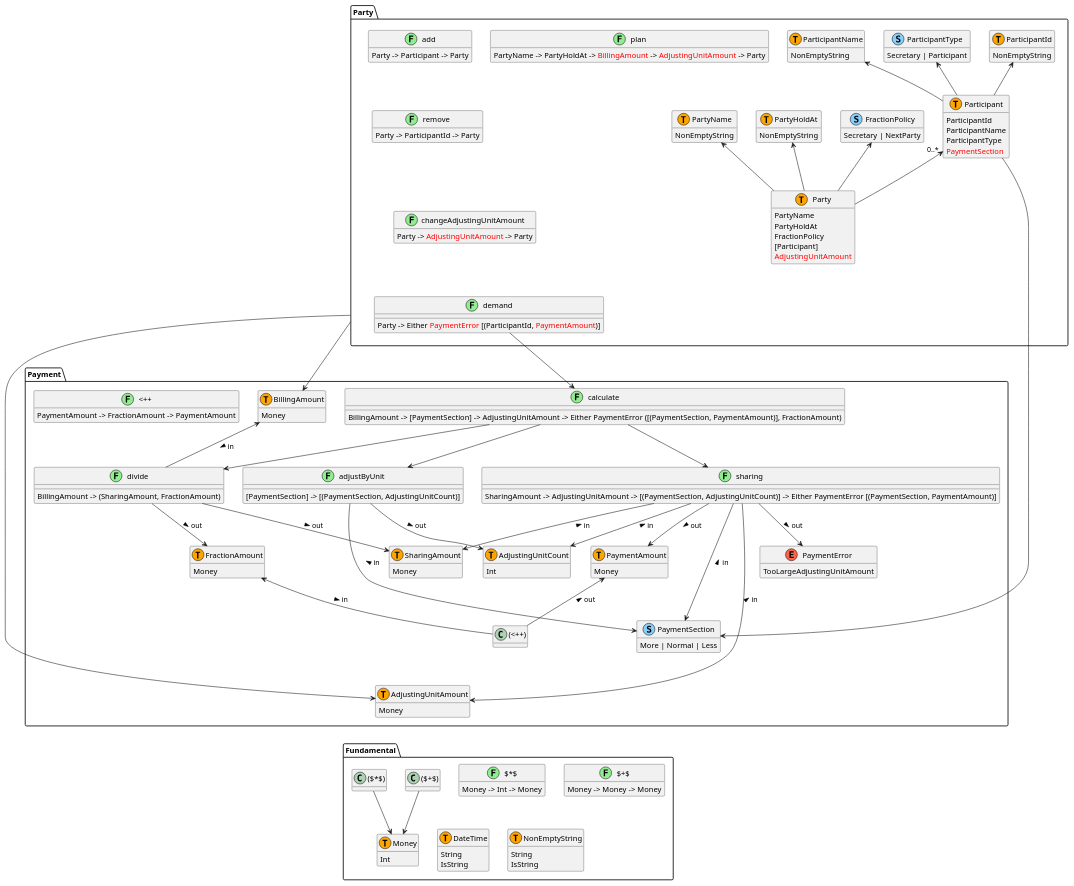
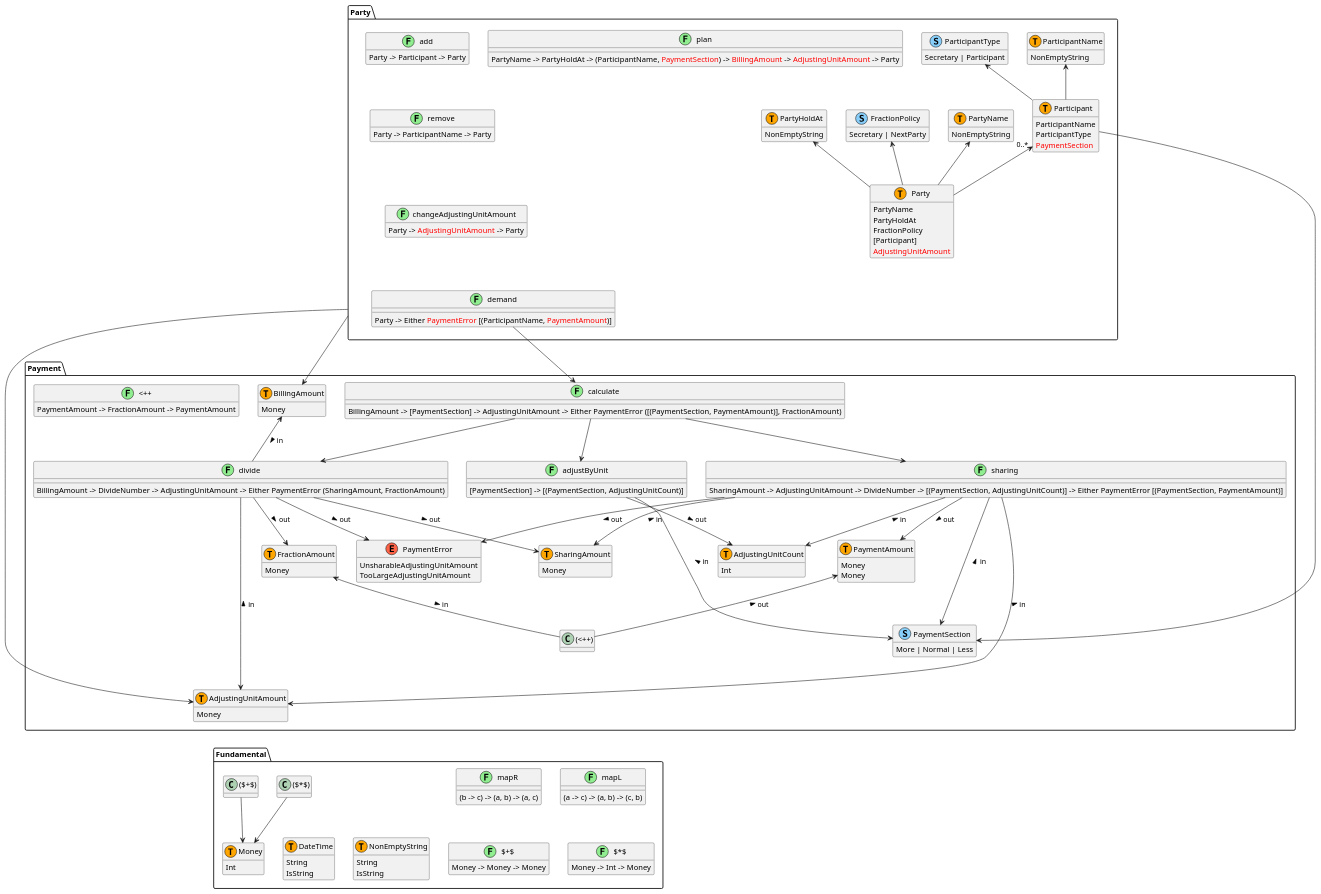
The diagram in doc/domain.puml (suzuki-hoge/warikan), drawn with PlantUML before and after one commit. The commit also changed 5 other files, not shown here.

```diff
--- a/doc/domain.puml
+++ b/doc/domain.puml
@@ -1,173 +1,180 @@
 @startuml
 
 hide empty methods
 
 package Party {
     class Party << (T, orange) >> {
         PartyName
         PartyHoldAt
         FractionPolicy
         [Participant]
         <font color=red>AdjustingUnitAmount</font>
     }
     class PartyName << (T, orange) >> {
         NonEmptyString
     }
     class PartyHoldAt << (T, orange) >> {
         NonEmptyString
     }
     class FractionPolicy << (S, lightskyblue) >> {
         Secretary | NextParty
     }
     class Participant << (T, orange) >> {
-        ParticipantId
         ParticipantName
         ParticipantType
         <font color=red>PaymentSection</font>
-    }
-    class ParticipantId << (T, orange) >> {
-        NonEmptyString
     }
     class ParticipantName << (T, orange) >> {
         NonEmptyString
     }
     class ParticipantType << (S, lightskyblue) >> {
         Secretary | Participant
     }
 
     class plan << (F, lightgreen) >> {
-        PartyName -> PartyHoldAt -> <font color=red>BillingAmount</font> -> <font color=red>AdjustingUnitAmount</font> -> Party
+        PartyName -> PartyHoldAt -> (ParticipantName, <font color=red>PaymentSection</font>) -> <font color=red>BillingAmount</font> -> <font color=red>AdjustingUnitAmount</font> -> Party
     }
     class add << (F, lightgreen) >> {
         Party -> Participant -> Party
     }
     class remove << (F, lightgreen) >> {
-        Party -> ParticipantId -> Party
+        Party -> ParticipantName -> Party
     }
     class changeAdjustingUnitAmount << (F, lightgreen) >> {
         Party -> <font color=red>AdjustingUnitAmount</font> -> Party
     }
     class demand << (F, lightgreen) >> {
-        Party -> Either <font color=red>PaymentError</font> [(ParticipantId, <font color=red>PaymentAmount</font>)]
+        Party -> Either <font color=red>PaymentError</font> [(ParticipantName, <font color=red>PaymentAmount</font>)]
     }
 
     Party -u-> PartyName
     Party -u-> PartyHoldAt
     Party -u-> FractionPolicy
 
-    Participant -u-> ParticipantId
     Participant -u-> ParticipantName
     Participant -u-> ParticipantType
 
     Party -u-> "0..*" Participant
 }
 
 package Payment {
     class PaymentSection << (S, lightskyblue) >> {
         More | Normal | Less
     }
     class AdjustingUnitAmount << (T, orange) >> {
         Money
     }
     class AdjustingUnitCount << (T, orange) >> {
         Int
     }
     class BillingAmount << (T, orange) >> {
         Money
     }
     class SharingAmount << (T, orange) >> {
         Money
     }
     class FractionAmount << (T, orange) >> {
         Money
     }
     class PaymentAmount << (T, orange) >> {
         Money
     }
+    class PaymentAmount << (T, orange) >> {
+        Money
+    }
 
     class calculate << (F, lightgreen) >> {
         BillingAmount -> [PaymentSection] -> AdjustingUnitAmount -> Either PaymentError ([(PaymentSection, PaymentAmount)], FractionAmount)
     }
     class divide << (F, lightgreen) >> {
-        BillingAmount -> (SharingAmount, FractionAmount)
+        BillingAmount -> DivideNumber -> AdjustingUnitAmount -> Either PaymentError (SharingAmount, FractionAmount)
     }
     class adjustByUnit << (F, lightgreen) >> {
         [PaymentSection] -> [(PaymentSection, AdjustingUnitCount)]
     }
     class sharing << (F, lightgreen) >> {
-        SharingAmount -> AdjustingUnitAmount -> [(PaymentSection, AdjustingUnitCount)] -> Either PaymentError [(PaymentSection, PaymentAmount)]
+        SharingAmount -> AdjustingUnitAmount -> DivideNumber -> [(PaymentSection, AdjustingUnitCount)] -> Either PaymentError [(PaymentSection, PaymentAmount)]
     }
     class "(<++)" << (F, lightgreen) >> {
         PaymentAmount -> FractionAmount -> PaymentAmount
     }
 
     class PaymentError << (E, tomato) >> {
+        UnsharableAdjustingUnitAmount
         TooLargeAdjustingUnitAmount
     }
 
     divide -u-> BillingAmount : in <
+    divide -d-> AdjustingUnitAmount : in <
     divide -d-> SharingAmount : out >
     divide -d-> FractionAmount : out >
+    divide -d-> PaymentError : out >
 
     adjustByUnit -u-> PaymentSection : in <
     adjustByUnit -d-> AdjustingUnitCount : out >
 
     sharing --> SharingAmount : in <
     sharing ----> AdjustingUnitAmount : in <
     sharing ---> PaymentSection : in <
     sharing --> AdjustingUnitCount : in <
     sharing -d-> PaymentAmount : out >
     sharing --> PaymentError : out >
 
     calculate -d-> divide
     calculate -d-> adjustByUnit
     calculate -d-> sharing
 
     "(<++)" -u-> PaymentAmount : out >
     "(<++)" -u-> FractionAmount : in <
 }
 
 Party --> BillingAmount
 Party --> AdjustingUnitAmount
 Participant --> PaymentSection
 
 demand --> calculate
 
 package Fundamental {
     class Money << (T, orange) >> {
         Int
     }
     class NonEmptyString << (T, orange) >> {
         String
         IsString
     }
     class DateTime << (T, orange) >> {
         String
         IsString
     }
+    class mapR << (F, lightgreen) >> {
+        (b -> c) -> (a, b) -> (a, c)
+    }
+    class mapL << (F, lightgreen) >> {
+        (a -> c) -> (a, b) -> (c, b)
+    }
     class ($+$) << (F, lightgreen) >> {
         Money -> Money -> Money
     }
     class ($*$) << (F, lightgreen) >> {
         Money -> Int -> Money
     }
     "($+$)" --> Money
     "($*$)" --> Money
 }
 
 ' layout
 
 add -d[hidden]-> remove
 "remove" -[hidden]d-> changeAdjustingUnitAmount
 changeAdjustingUnitAmount -[hidden]d-> demand
 
 demand -[hidden]l-> Party
 
 divide -[hidden]r-> adjustByUnit
 adjustByUnit -[hidden]r-> sharing
 
 AdjustingUnitAmount -[hidden]d-> "($+$)"
 Money -[hidden]r-> DateTime
 DateTime -[hidden]r-> NonEmptyString
 
 @enduml
```
